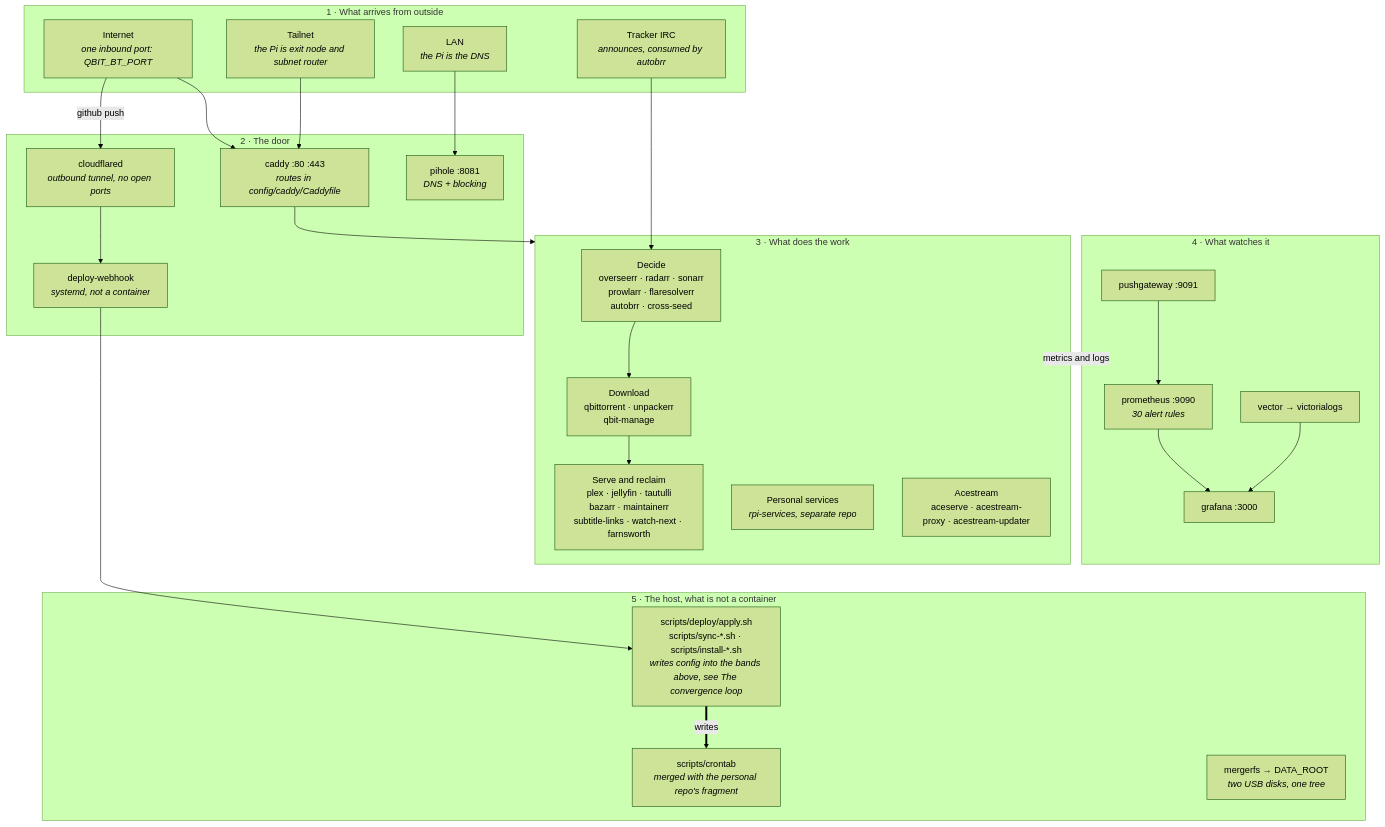
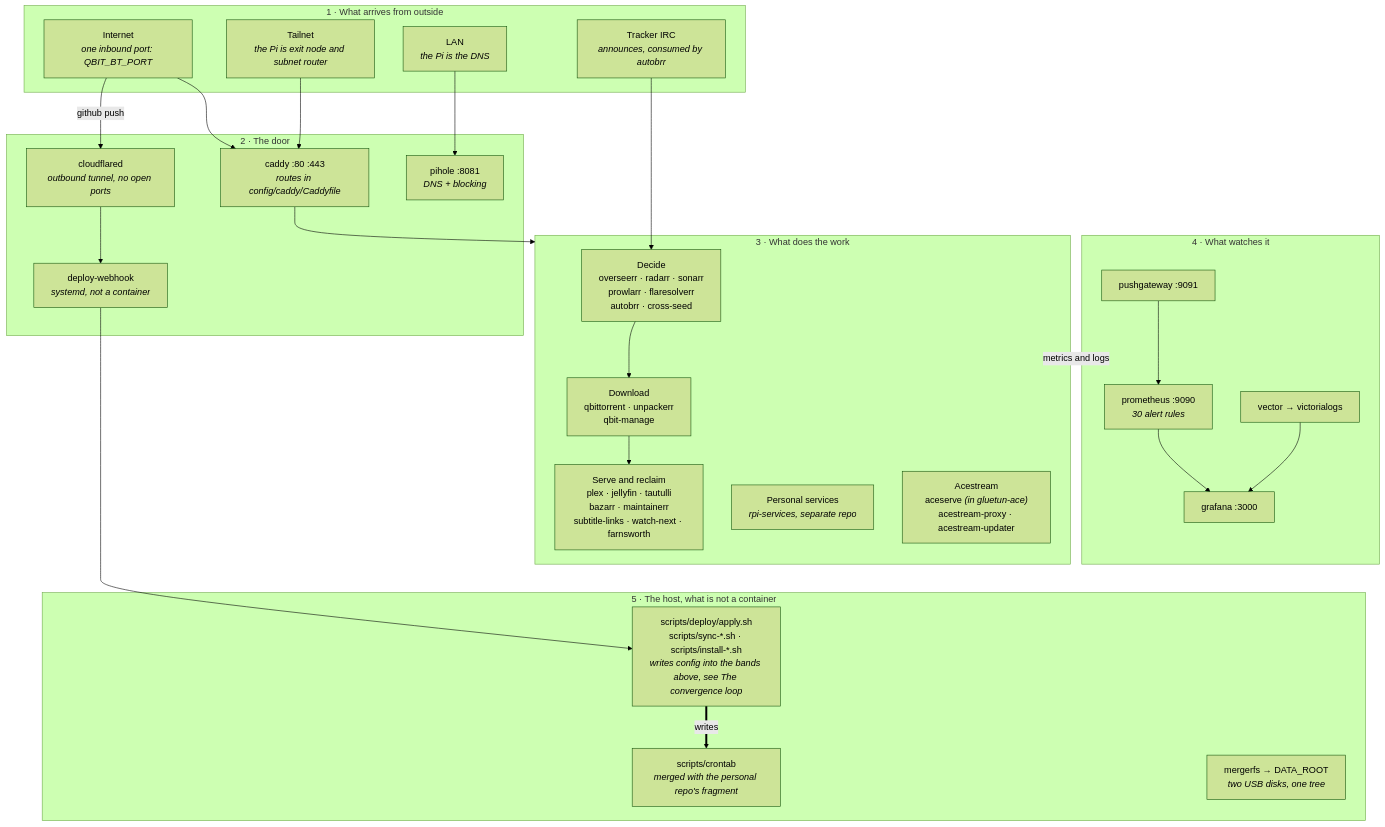
The first of 9 diagrams in docs/architecture.md (PlatanosVerdes/rpi-homeserver), drawn with Mermaid (forest theme) before and after one commit. The commit also changed 4 other files, not shown here.

````diff
--- a/docs/architecture.md
+++ b/docs/architecture.md
@@ -14,54 +14,54 @@
 ```mermaid
 flowchart TB
   subgraph OUT["1 · What arrives from outside"]
     NET["Internet<br/><i>one inbound port: QBIT_BT_PORT</i>"]
     TS["Tailnet<br/><i>the Pi is exit node and subnet router</i>"]
     LAN["LAN<br/><i>the Pi is the DNS</i>"]
     IRC["Tracker IRC<br/><i>announces, consumed by autobrr</i>"]
   end
 
   subgraph DOOR["2 · The door"]
     CADDY["caddy :80 :443<br/><i>routes in config/caddy/Caddyfile</i>"]
     CFD["cloudflared<br/><i>outbound tunnel, no open ports</i>"]
     PIHOLE["pihole :8081<br/><i>DNS + blocking</i>"]
     HOOK["deploy-webhook<br/><i>systemd, not a container</i>"]
   end
 
   subgraph WORK["3 · What does the work"]
     DECIDE["Decide<br/>overseerr · radarr · sonarr<br/>prowlarr · flaresolverr<br/>autobrr · cross-seed"]
     GET["Download<br/>qbittorrent · unpackerr<br/>qbit-manage"]
     SERVE["Serve and reclaim<br/>plex · jellyfin · tautulli<br/>bazarr · maintainerr<br/>subtitle-links · watch-next · farnsworth"]
     PERS["Personal services<br/><i>rpi-services, separate repo</i>"]
-    ACE["Acestream<br/>aceserve · acestream-proxy · acestream-updater"]
+    ACE["Acestream<br/>aceserve <i>(in gluetun-ace)</i><br/>acestream-proxy · acestream-updater"]
   end
 
   subgraph OBS["4 · What watches it"]
     PROM["prometheus :9090<br/><i>30 alert rules</i>"]
     GRAF["grafana :3000"]
     PUSH["pushgateway :9091"]
     LOGS["vector → victorialogs"]
   end
 
   subgraph HOST["5 · The host, what is not a container"]
     APPLY["scripts/deploy/apply.sh<br/>scripts/sync-*.sh · scripts/install-*.sh<br/><i>writes config into the bands above, see The convergence loop</i>"]
     CRON["scripts/crontab<br/><i>merged with the personal repo's fragment</i>"]
     FS["mergerfs → DATA_ROOT<br/><i>two USB disks, one tree</i>"]
   end
 
   NET --> CADDY
   NET -->|github push| CFD
   TS --> CADDY
   LAN --> PIHOLE
   IRC --> DECIDE
   CFD --> HOOK
   CADDY --> WORK
   DECIDE --> GET --> SERVE
   WORK -. metrics and logs .-> OBS
   PUSH --> PROM --> GRAF
   LOGS --> GRAF
   HOOK --> APPLY
   APPLY ==>|writes| CRON
 
   %% every arrow points down, so the bands stack 1 to 5 in order
   GRAF ~~~ APPLY
 ```
````
